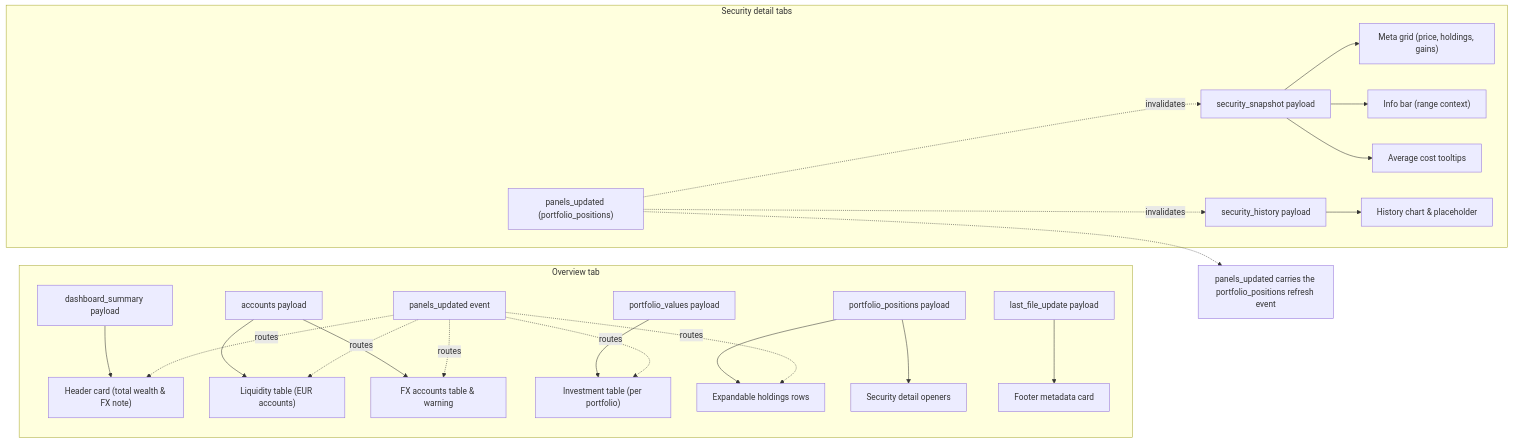
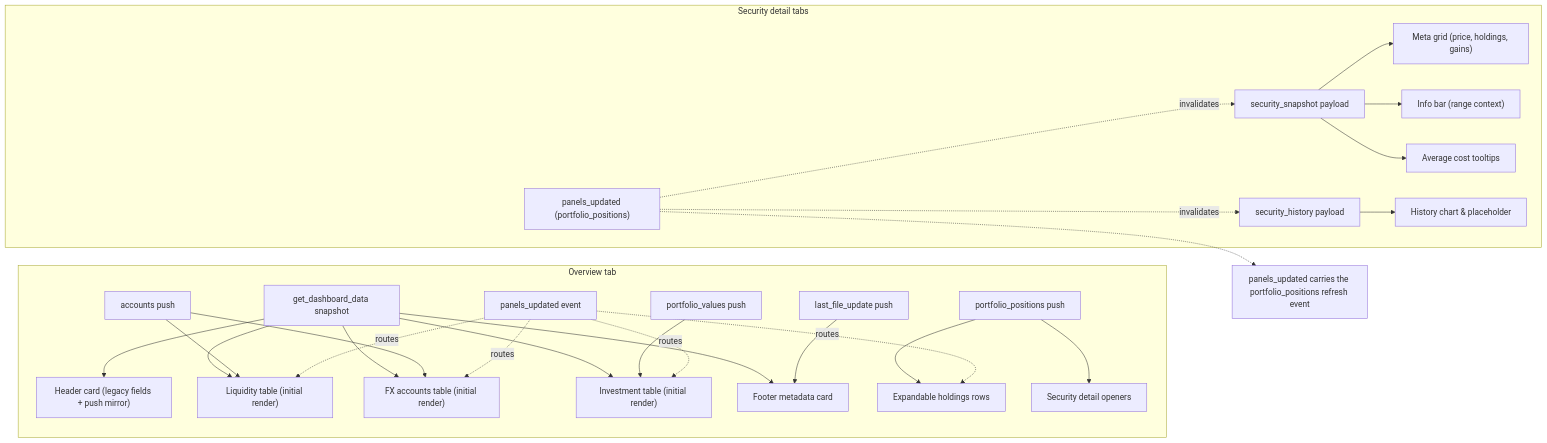
Before and after one commit to Freakandi/ha-pp-reader: the diagram in datamodel/mermaid_frontend_flow.mmd, drawn with Mermaid. The commit also changed 6 other files, not shown here.

```diff
--- a/datamodel/mermaid_frontend_flow.mmd
+++ b/datamodel/mermaid_frontend_flow.mmd
@@ -1,43 +1,46 @@
 ---
 id: 42839b89-6c94-40be-8a54-e17296222dfa
 ---
 flowchart LR
   subgraph OverviewTab["Overview tab"]
-    DashboardSummary["dashboard_summary payload"]
-    Accounts["accounts payload"]
-    PortfolioValues["portfolio_values payload"]
-    PortfolioPositions["portfolio_positions payload"]
-    LastFileUpdate["last_file_update payload"]
+    Snapshot["get_dashboard_data snapshot"]
+    Accounts["accounts push"]
+    PortfolioValues["portfolio_values push"]
+    PortfolioPositions["portfolio_positions push"]
+    LastFileUpdate["last_file_update push"]
     PanelsUpdated["panels_updated event"]
 
-    DashboardSummary --> HeaderCard["Header card (total wealth & FX note)"]
-    Accounts --> EurTable["Liquidity table (EUR accounts)"]
-    Accounts --> FxTable["FX accounts table & warning"]
-    PortfolioValues --> PortfolioTable["Investment table (per portfolio)"]
+    Snapshot --> HeaderCard["Header card (legacy fields + push mirror)"]
+    Snapshot --> EurTable["Liquidity table (initial render)"]
+    Snapshot --> FxTable["FX accounts table (initial render)"]
+    Snapshot --> PortfolioTable["Investment table (initial render)"]
+    Snapshot --> FooterCard["Footer metadata card"]
+    Accounts --> EurTable
+    Accounts --> FxTable
+    PortfolioValues --> PortfolioTable
     PortfolioPositions --> ExpandableRows["Expandable holdings rows"]
     PortfolioPositions --> DetailLaunchers["Security detail openers"]
-    LastFileUpdate --> FooterCard["Footer metadata card"]
+    LastFileUpdate --> FooterCard
 
-    PanelsUpdated -.routes.-> HeaderCard
     PanelsUpdated -.routes.-> EurTable
     PanelsUpdated -.routes.-> FxTable
     PanelsUpdated -.routes.-> PortfolioTable
     PanelsUpdated -.routes.-> ExpandableRows
   end
 
   subgraph SecurityTab["Security detail tabs"]
     SecuritySnapshot["security_snapshot payload"]
     SecurityHistory["security_history payload"]
     PanelsUpdatedDetail["panels_updated (portfolio_positions)"]
 
     SecuritySnapshot --> DetailHeader["Meta grid (price, holdings, gains)"]
     SecuritySnapshot --> DetailInfoBar["Info bar (range context)"]
     SecuritySnapshot --> AverageTooltips["Average cost tooltips"]
     SecurityHistory --> HistoryChart["History chart & placeholder"]
 
     PanelsUpdatedDetail -.invalidates.-> SecuritySnapshot
     PanelsUpdatedDetail -.invalidates.-> SecurityHistory
   end
 
   PanelsUpdatedDetailNote["panels_updated carries the portfolio_positions refresh event"]
   PanelsUpdatedDetail -.-> PanelsUpdatedDetailNote
```
